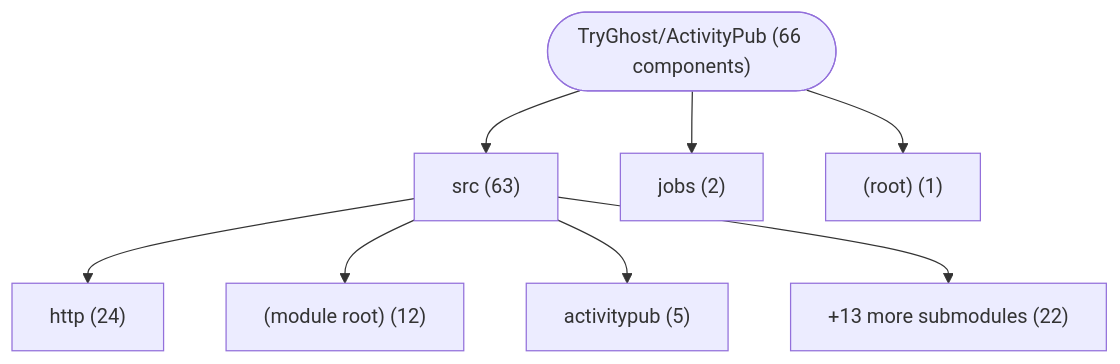
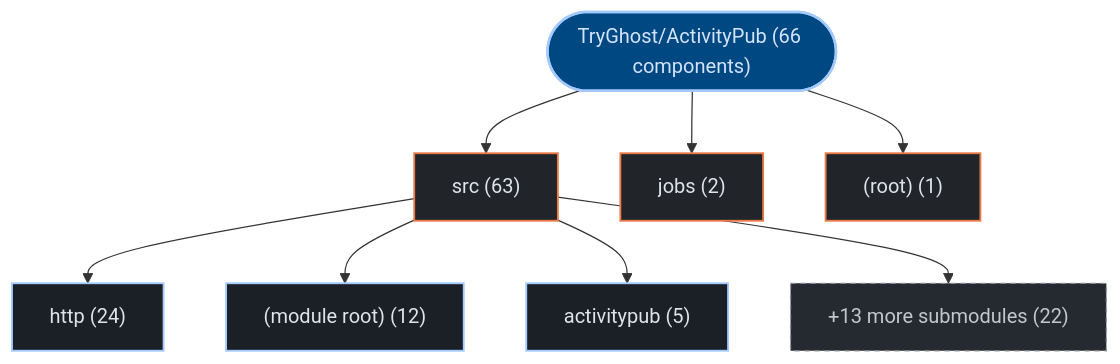
Before and after one commit to kumarshaz/atruss-code-atlas: the first of 3 diagrams in exports/latest/reports/TryGhost-ActivityPub-report.md, drawn with Mermaid. The commit also changed other lines of this file and 331 other files, not shown here.

Commit message:
docs,ui,fix: update SDLC docs, reorder CI/CD DAG first, stylize Mermaid, and fix Arc42 pipeline topology

````diff
--- a/exports/latest/reports/TryGhost-ActivityPub-report.md
+++ b/exports/latest/reports/TryGhost-ActivityPub-report.md
@@ -42,18 +42,25 @@
 ```mermaid
 graph TD;
-    repo_root(["TryGhost/ActivityPub (66 components)"])
-    dir_0_src["src (63)"]
+  classDef atlasRoot fill:#004882,stroke:#a3c9ff,stroke-width:2px,color:#d3e4ff
+  classDef atlasCategory fill:#212428,stroke:#E87A48,stroke-width:1.5px,color:#dfe3eb
+  classDef atlasWorkflow fill:#1b2026,stroke:#a3c9ff,stroke-width:1.5px,color:#dfe3eb
+  classDef atlasJob fill:#171c22,stroke:#8d9199,stroke-width:1px,color:#dfe3eb
+  classDef atlasTarget fill:#005227,stroke:#8bd99b,stroke-width:1.5px,color:#a7f6b6
+  classDef atlasAlert fill:#93000a,stroke:#ffb4ab,stroke-width:1.5px,color:#ffdad6
+  classDef atlasMore fill:#252a31,stroke:#8d9199,stroke-dasharray:4 4,color:#c3c6cf
+    repo_root(["TryGhost/ActivityPub (66 components)"]):::atlasRoot
+    dir_0_src["src (63)"]:::atlasCategory
     repo_root --> dir_0_src
-    sub_0_0_http["http (24)"]
+    sub_0_0_http["http (24)"]:::atlasWorkflow
     dir_0_src --> sub_0_0_http
-    sub_0_1__module_root_["(module root) (12)"]
+    sub_0_1__module_root_["(module root) (12)"]:::atlasWorkflow
     dir_0_src --> sub_0_1__module_root_
-    sub_0_2_activitypub["activitypub (5)"]
+    sub_0_2_activitypub["activitypub (5)"]:::atlasWorkflow
     dir_0_src --> sub_0_2_activitypub
-    sub_0_more["+13 more submodules (22)"]
+    sub_0_more["+13 more submodules (22)"]:::atlasMore
     dir_0_src --> sub_0_more
-    dir_1_jobs["jobs (2)"]
+    dir_1_jobs["jobs (2)"]:::atlasCategory
     repo_root --> dir_1_jobs
-    dir_2__root_["(root) (1)"]
+    dir_2__root_["(root) (1)"]:::atlasCategory
     repo_root --> dir_2__root_
 ```
````
